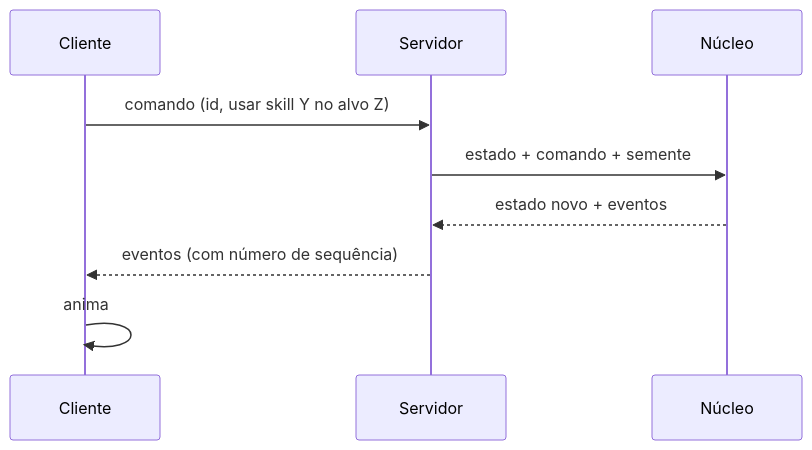
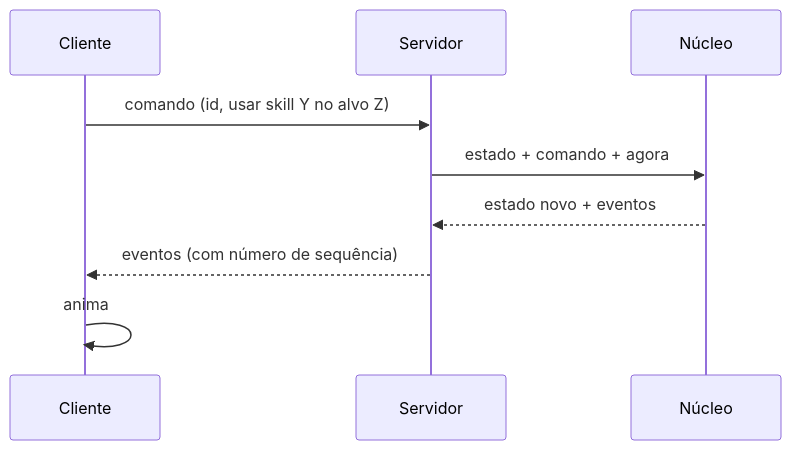
One commit to sidinei-silva/eras-do-brasil changed the first of 3 diagrams in docs/03-tecnico.md. Above: the diagram before and after it, drawn with Mermaid. The commit also changed other lines of this file and 4 other files, not shown here.

````diff
--- a/docs/03-tecnico.md
+++ b/docs/03-tecnico.md
@@ -29,11 +44,11 @@
 ```mermaid
 sequenceDiagram
   participant C as Cliente
   participant S as Servidor
   participant N as Núcleo
   C->>S: comando (id, usar skill Y no alvo Z)
-  S->>N: estado + comando + semente
+  S->>N: estado + comando + agora
   N-->>S: estado novo + eventos
   S-->>C: eventos (com número de sequência)
   C->>C: anima
 ```
````
